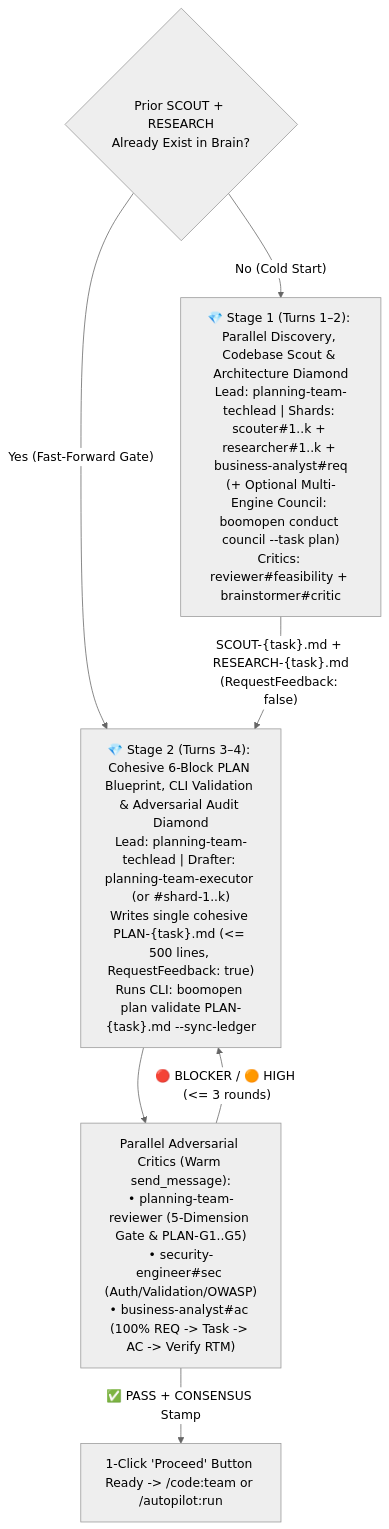
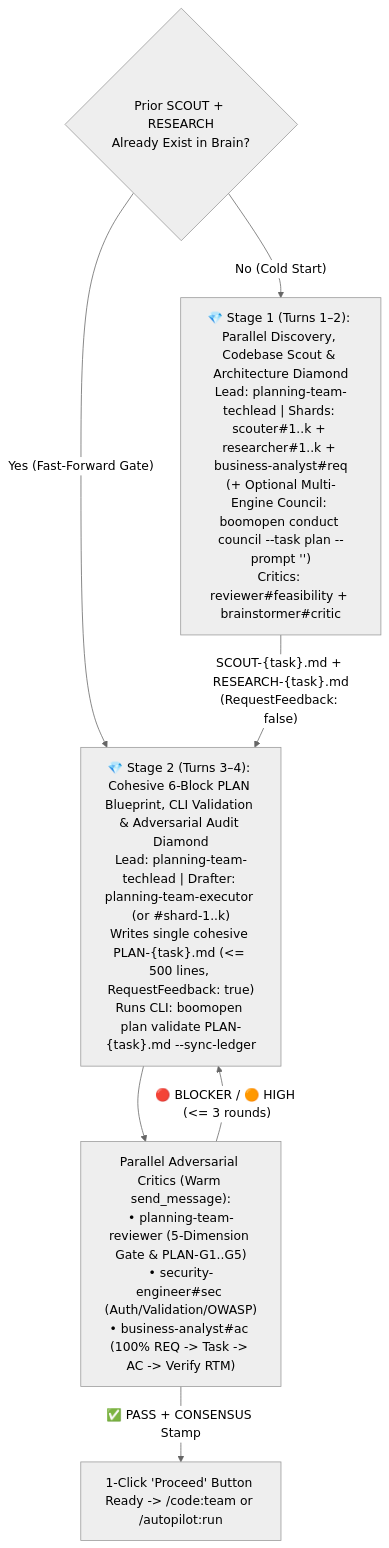
One commit to Kennyboom/BoomOpen-Workflow-Kit-Pro changed the diagram in agents/teams/planning-team/_team.md. Above: the diagram before and after it, drawn with Mermaid (neutral theme). The commit also changed other lines of this file and 302 other files, not shown here.

````diff
--- a/agents/teams/planning-team/_team.md
+++ b/agents/teams/planning-team/_team.md
@@ -36,10 +40,10 @@
 ```mermaid
 flowchart TD
     G0{"Prior SCOUT + RESEARCH<br/>Already Exist in Brain?"}
     G0 -->|"Yes (Fast-Forward Gate)"| S2
-    G0 -->|"No (Cold Start)"| S1["💎 Stage 1 (Turns 1–2): Parallel Discovery, Codebase Scout & Architecture Diamond<br/>Lead: planning-team-techlead | Shards: scouter#1..k + researcher#1..k + business-analyst#req<br/>(+ Optional Multi-Engine Council: boomopen conduct council --task plan)<br/>Critics: reviewer#feasibility + brainstormer#critic"]
+    G0 -->|"No (Cold Start)"| S1["💎 Stage 1 (Turns 1–2): Parallel Discovery, Codebase Scout & Architecture Diamond<br/>Lead: planning-team-techlead | Shards: scouter#1..k + researcher#1..k + business-analyst#req<br/>(+ Optional Multi-Engine Council: boomopen conduct council --task plan --prompt '<plan-context>')<br/>Critics: reviewer#feasibility + brainstormer#critic"]
     S1 -->|"SCOUT-{task}.md + RESEARCH-{task}.md<br/>(RequestFeedback: false)"| S2["💎 Stage 2 (Turns 3–4): Cohesive 6-Block PLAN Blueprint, CLI Validation & Adversarial Audit Diamond<br/>Lead: planning-team-techlead | Drafter: planning-team-executor (or #shard-1..k)<br/>Writes single cohesive PLAN-{task}.md (<= 500 lines, RequestFeedback: true)<br/>Runs CLI: boomopen plan validate PLAN-{task}.md --sync-ledger"]
     S2 --> C2["Parallel Adversarial Critics (Warm send_message):<br/>• planning-team-reviewer (5-Dimension Gate & PLAN-G1..G5)<br/>• security-engineer#sec (Auth/Validation/OWASP)<br/>• business-analyst#ac (100% REQ -> Task -> AC -> Verify RTM)"]
     C2 -->|"🔴 BLOCKER / 🟠 HIGH (<= 3 rounds)"| S2
     C2 -->|"✅ PASS + CONSENSUS Stamp"| OUT["1-Click 'Proceed' Button Ready -> /code:team or /autopilot:run"]
 ```
````
